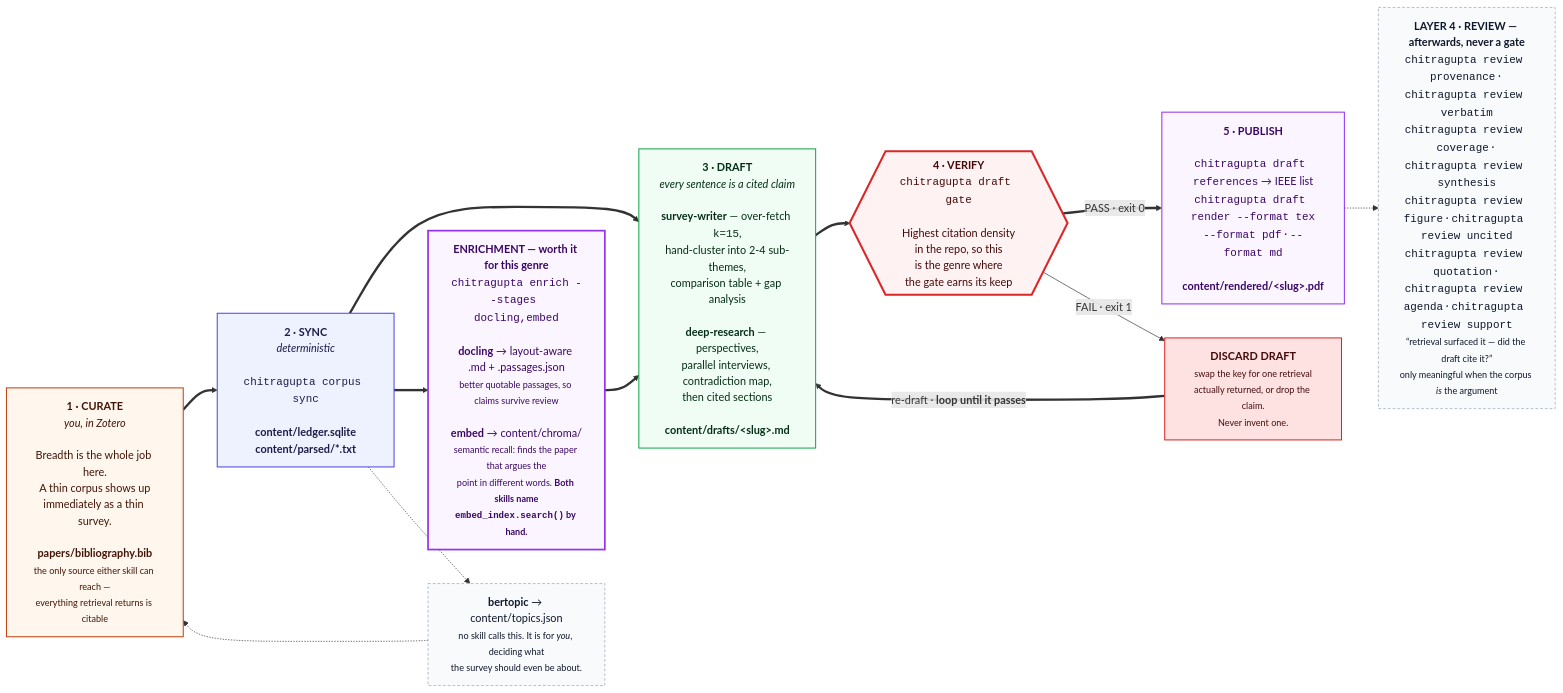
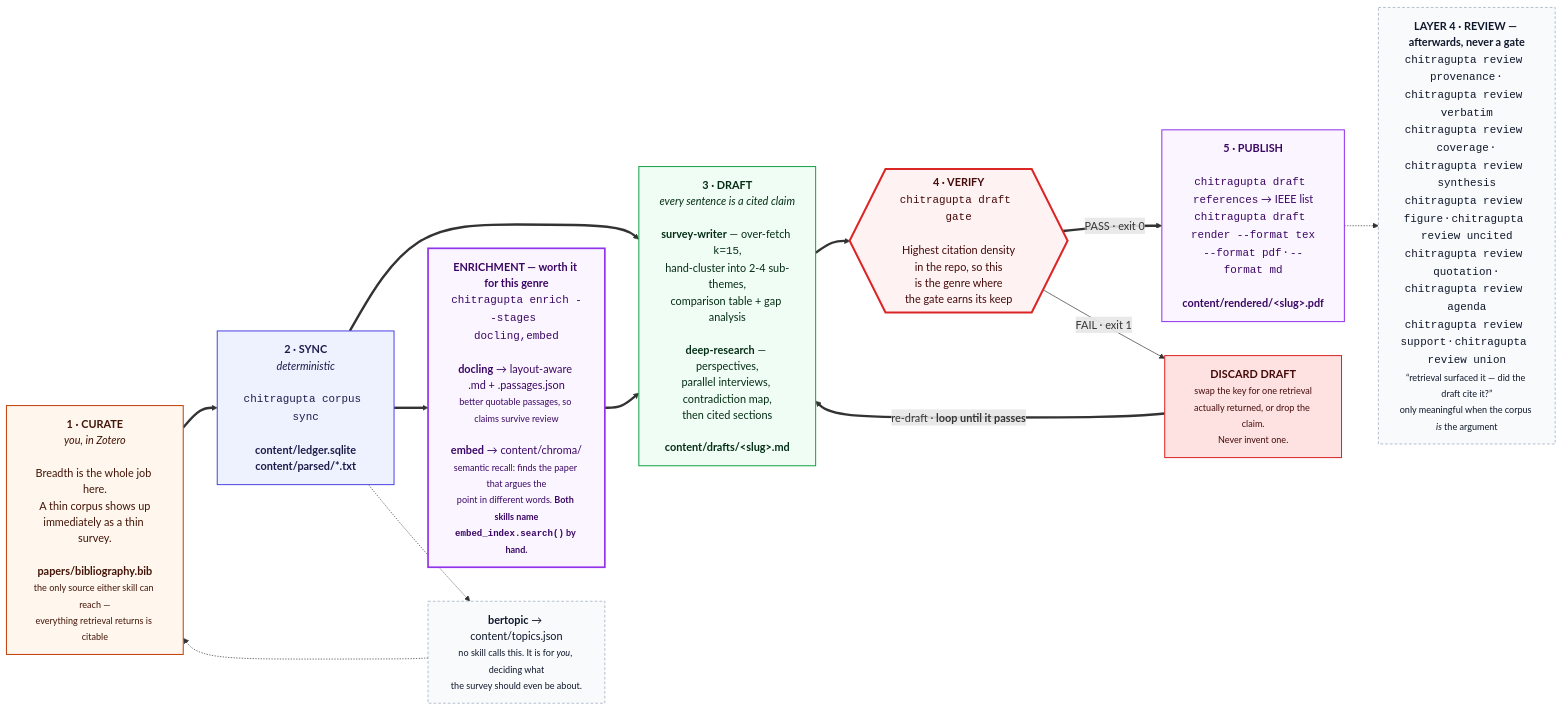
Before and after one commit to prasadtalasila/chitragupta: the seventh of 11 diagrams in docs/DIAGRAMS.md, drawn with Mermaid. The commit also changed other lines of this file and 25 other files, not shown here.

Commit message:
Add the citekey union aid, before the composition-by-reference fix

````diff
--- a/docs/DIAGRAMS.md
+++ b/docs/DIAGRAMS.md
@@ -680,47 +681,47 @@
 ```mermaid
 flowchart LR
 
   P0["<b>1 · CURATE</b><br/><i>you, in Zotero</i><br/><br/>Breadth is the whole job here.<br/>A thin corpus shows up<br/>immediately as a thin survey.<br/><br/><b>papers/bibliography.bib</b><br/><small>the only source either skill can reach —<br/>everything retrieval returns is citable</small>"]
 
   P1["<b>2 · SYNC</b><br/><i>deterministic</i><br/><br/><code>chitragupta corpus sync</code><br/><br/><b>content/ledger.sqlite</b><br/><b>content/parsed/*.txt</b>"]
 
   HEAVY["<b>ENRICHMENT — worth it for this genre</b><br/><code>chitragupta enrich --stages docling,embed</code><br/><br/><b>docling</b> → layout-aware .md + .passages.json<br/><small>better quotable passages, so claims survive review</small><br/><br/><b>embed</b> → content/chroma/<br/><small>semantic recall: finds the paper that argues the<br/>point in different words. <b>Both skills name<br/><code>embed_index.search()</code> by hand.</b></small>"]
 
   P2["<b>3 · DRAFT</b><br/><i>every sentence is a cited claim</i><br/><br/><b>survey-writer</b> — over-fetch <code>k=15</code>,<br/>hand-cluster into 2-4 sub-themes,<br/>comparison table + gap analysis<br/><br/><b>deep-research</b> — perspectives,<br/>parallel interviews, contradiction map,<br/>then cited sections<br/><br/><b>content/drafts/&lt;slug&gt;.md</b>"]
 
   P3{{"<b>4 · VERIFY</b><br/><code>chitragupta draft gate</code><br/><br/>Highest citation density<br/>in the repo, so this<br/>is the genre where<br/>the gate earns its keep"}}
 
   FIX["<b>DISCARD DRAFT</b><br/><small>swap the key for one retrieval<br/>actually returned, or drop the claim.<br/>Never invent one.</small>"]
 
   P4["<b>5 · PUBLISH</b><br/><br/><code>chitragupta draft references</code> → IEEE list<br/><code>chitragupta draft render --format tex</code><br/><code>--format pdf</code> · <code>--format md</code><br/><br/><b>content/rendered/&lt;slug&gt;.pdf</b>"]
 
-  AID["<b>LAYER 4 · REVIEW — afterwards, never a gate</b><br/><code>chitragupta review provenance</code> · <code>chitragupta review verbatim</code><br/><code>chitragupta review coverage</code> · <code>chitragupta review synthesis</code><br/><code>chitragupta review figure</code> · <code>chitragupta review uncited</code><br/><code>chitragupta review quotation</code> · <code>chitragupta review agenda</code> · <code>chitragupta review support</code><br/><small>“retrieval surfaced it — did the draft cite it?”<br/>only meaningful when the corpus <i>is</i> the argument</small>"]
+  AID["<b>LAYER 4 · REVIEW — afterwards, never a gate</b><br/><code>chitragupta review provenance</code> · <code>chitragupta review verbatim</code><br/><code>chitragupta review coverage</code> · <code>chitragupta review synthesis</code><br/><code>chitragupta review figure</code> · <code>chitragupta review uncited</code><br/><code>chitragupta review quotation</code> · <code>chitragupta review agenda</code><br/><code>chitragupta review support</code> · <code>chitragupta review union</code><br/><small>“retrieval surfaced it — did the draft cite it?”<br/>only meaningful when the corpus <i>is</i> the argument</small>"]
 
   BERT["<b>bertopic</b> → content/topics.json<br/><small>no skill calls this. It is for <i>you</i>, deciding what<br/>the survey should even be about.</small>"]
 
   P0 ==> P1 ==> P2 ==> P3
   P1 ==> HEAVY ==> P2
   P3 == "PASS · exit 0" ==> P4
   P3 -- "FAIL · exit 1" --> FIX
   FIX == "re-draft · <b>loop until it passes</b>" ==> P2
   P4 -.-> AID
   P1 -.-> BERT -.-> P0
 
   classDef you fill:#fff7ed,stroke:#c2410c,stroke-width:1.5px,color:#431407
   classDef det fill:#eef2ff,stroke:#4f46e5,stroke-width:1.5px,color:#1e1b4b
   classDef gen fill:#f0fdf4,stroke:#16a34a,stroke-width:1.5px,color:#052e16
   classDef gate fill:#fef2f2,stroke:#dc2626,stroke-width:3px,color:#450a0a
   classDef out fill:#faf5ff,stroke:#9333ea,stroke-width:1.5px,color:#3b0764
   classDef bad fill:#fee2e2,stroke:#dc2626,stroke-width:1.5px,color:#450a0a
   classDef heavy fill:#faf5ff,stroke:#9333ea,stroke-width:2.5px,color:#3b0764
   classDef aid fill:#f8fafc,stroke:#94a3b8,stroke-dasharray:4 3,color:#0f172a
 
   class P0 you
   class P1 det
   class P2 gen
   class P3 gate
   class P4 out
   class FIX bad
   class HEAVY heavy
   class AID,BERT aid
 ```
````
